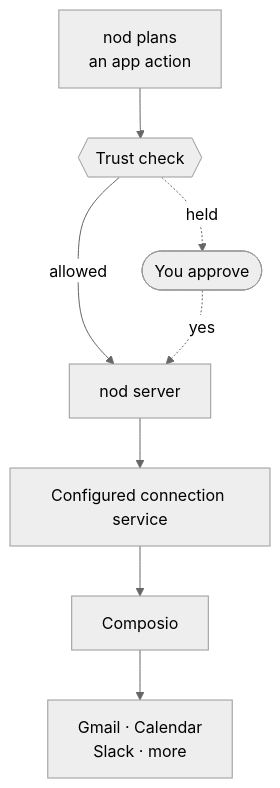
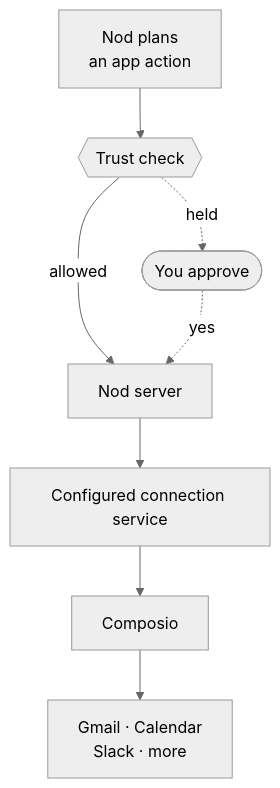
The diagram in docs/src/content/docs/connect/apps.mdx (KrishBhimani/nod), drawn with Mermaid (neutral theme) before and after one commit. The commit also changed other lines of this file and 275 other files, not shown here.

````diff
--- a/docs/src/content/docs/connect/apps.mdx
+++ b/docs/src/content/docs/connect/apps.mdx
@@ -18,10 +18,10 @@
 ```mermaid
 flowchart TD
-  nod[nod plans<br/>an app action] --> trust{{Trust check}}:::accent
-  trust -- allowed --> server[nod server]
+  Nod[Nod plans<br/>an app action] --> trust{{Trust check}}:::accent
+  trust -- allowed --> server[Nod server]
   trust -. held .-> you([You approve]):::accent
   you -. yes .-> server
   server --> connection[Configured connection service]
   connection --> composio[Composio]
   composio --> apps[Gmail · Calendar<br/>Slack · more]
 ```
````
